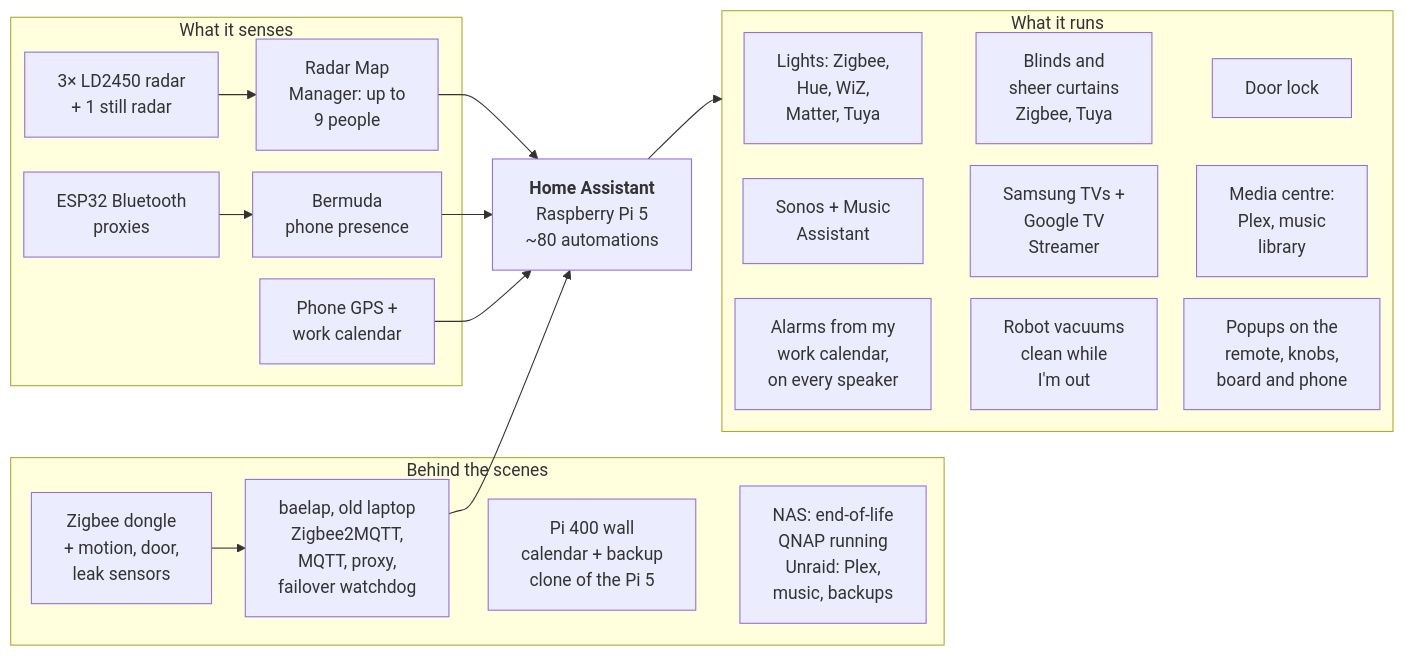
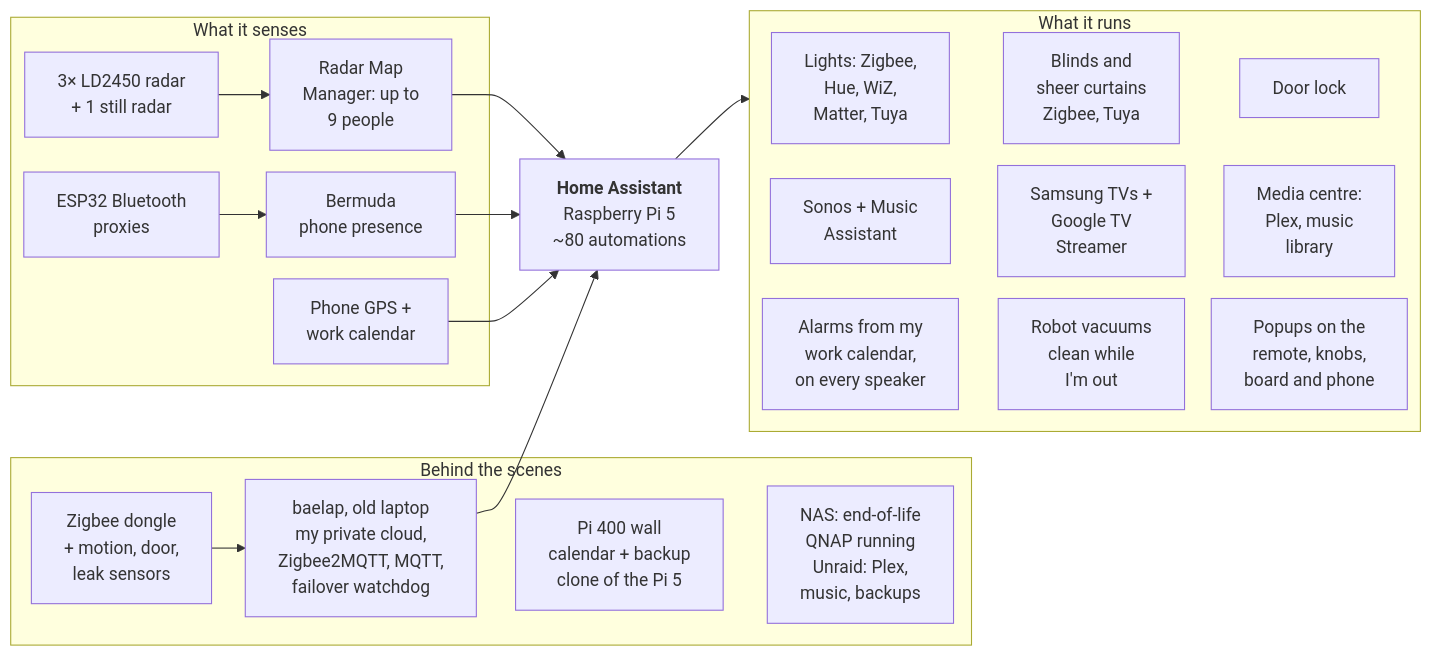
Before and after one commit to baes-cloud/baes-cloud-home: the diagram in README.md, drawn with Mermaid. The commit also changed other lines of this file and 3 other files, not shown here.

First line of the commit message:
About me, baelap as my private cloud, and Claude's end-of-week reviews

````diff
--- a/README.md
+++ b/README.md
@@ -103,26 +117,26 @@
 ```mermaid
 %%{init: {"flowchart": {"nodeSpacing": 20, "rankSpacing": 24}}}%%
 flowchart LR
   %% "Behind the scenes" is declared first so it sits along the bottom; ~~~ links are invisible and only position boxes
   subgraph Infra[Behind the scenes]
-    Dongle[Zigbee dongle<br/>+ motion, door,<br/>leak sensors] --> Lap[baelap, old laptop<br/>Zigbee2MQTT,<br/>MQTT, proxy,<br/>failover watchdog]
+    Dongle[Zigbee dongle<br/>+ motion, door,<br/>leak sensors] --> Lap[baelap, old laptop<br/>my private cloud,<br/>Zigbee2MQTT, MQTT,<br/>failover watchdog]
     Pi400[Pi 400 wall<br/>calendar + backup<br/>clone of the Pi 5]
     NAS[NAS: end-of-life<br/>QNAP running<br/>Unraid: Plex,<br/>music, backups]
   end
   subgraph Sense[What it senses]
     Radar[3× LD2450 radar<br/>+ 1 still radar] --> RMM[Radar Map<br/>Manager: up to<br/>9 people]
     BLE[ESP32 Bluetooth<br/>proxies] --> Bermuda[Bermuda<br/>phone presence]
     Cal[Phone GPS +<br/>work calendar]
   end
   Brain["<b>Home Assistant</b><br/>Raspberry Pi 5<br/>~80 automations"]
   subgraph Out[What it runs]
     Lights[Lights: Zigbee,<br/>Hue, WiZ,<br/>Matter, Tuya] ~~~ Blinds[Blinds and<br/>sheer curtains<br/>Zigbee, Tuya] ~~~ Door[Door lock]
     Sonos[Sonos + Music<br/>Assistant] ~~~ TVs[Samsung TVs +<br/>Google TV<br/>Streamer] ~~~ Media[Media centre:<br/>Plex, music<br/>library]
     Alarms[Alarms from my<br/>work calendar,<br/>on every speaker] ~~~ Robots["Robot vacuums<br/>clean while<br/>I'm out"] ~~~ Screens[Popups on the<br/>remote, knobs,<br/>board and phone]
   end
   RMM & Bermuda & Cal & Lap --> Brain
   Brain --> Out
   Brain ~~~ Lights & Sonos & Alarms
   Cal ~~~ Pi400
   Lap ~~~ Pi400 ~~~ NAS
 ```
````
